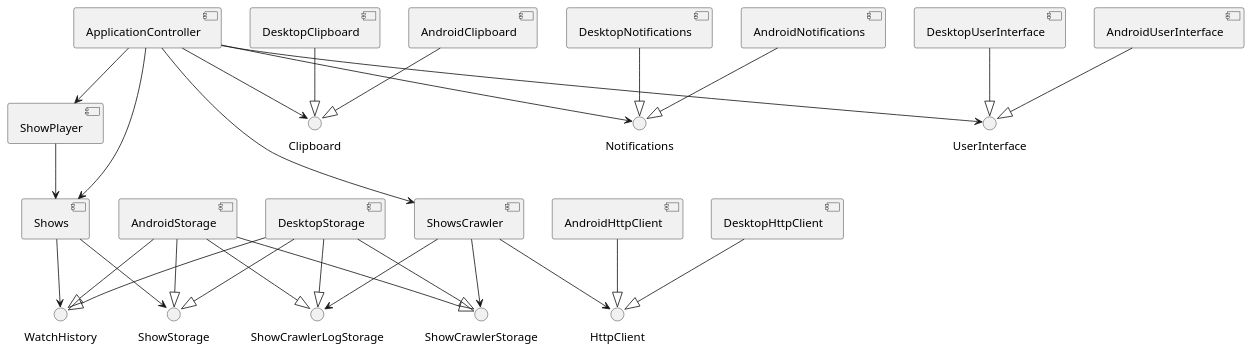
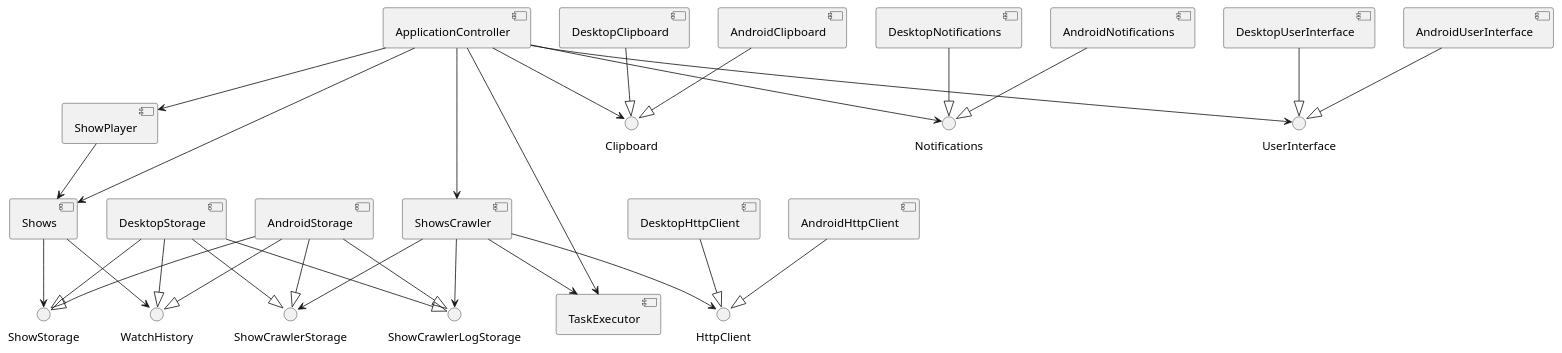
One commit to gorolykmaxim/Serio changed the diagram in java-modules.puml. Above: the diagram before and after it, drawn with PlantUML. The commit also changed 8 other files, not shown here.

First line of the commit message:
core: implement and integrate TaskExecutor module

```diff
--- a/java-modules.puml
+++ b/java-modules.puml
@@ -1,38 +1,40 @@
 @startuml
 interface ShowStorage
 interface WatchHistory
 interface ShowCrawlerStorage
 interface ShowCrawlerLogStorage
 interface HttpClient
 interface Clipboard
 interface Notifications
 interface UserInterface
 [AndroidStorage] --|> WatchHistory
 [AndroidStorage] --|> ShowStorage
 [AndroidStorage] --|> ShowCrawlerStorage
 [AndroidStorage] --|> ShowCrawlerLogStorage
 [DesktopStorage] --|> WatchHistory
 [DesktopStorage] --|> ShowStorage
 [DesktopStorage] --|> ShowCrawlerStorage
 [DesktopStorage] --|> ShowCrawlerLogStorage
 [AndroidHttpClient] --|> HttpClient
 [DesktopHttpClient] --|> HttpClient
 [AndroidClipboard] --|> Clipboard
 [DesktopClipboard] --|> Clipboard
 [AndroidNotifications] --|> Notifications
 [DesktopNotifications] --|> Notifications
 [AndroidUserInterface] --|> UserInterface
 [DesktopUserInterface] --|> UserInterface
 [Shows] --> WatchHistory
 [Shows] --> ShowStorage
 [ShowsCrawler] --> ShowCrawlerStorage
 [ShowsCrawler] --> HttpClient
 [ShowsCrawler] --> ShowCrawlerLogStorage
+[ShowsCrawler] --> [TaskExecutor]
 [ShowPlayer] --> [Shows]
 [ApplicationController] --> [Shows]
 [ApplicationController] --> [ShowPlayer]
 [ApplicationController] --> [ShowsCrawler]
 [ApplicationController] --> Clipboard
 [ApplicationController] --> Notifications
 [ApplicationController] --> UserInterface
+[ApplicationController] --> [TaskExecutor]
 @enduml
```
